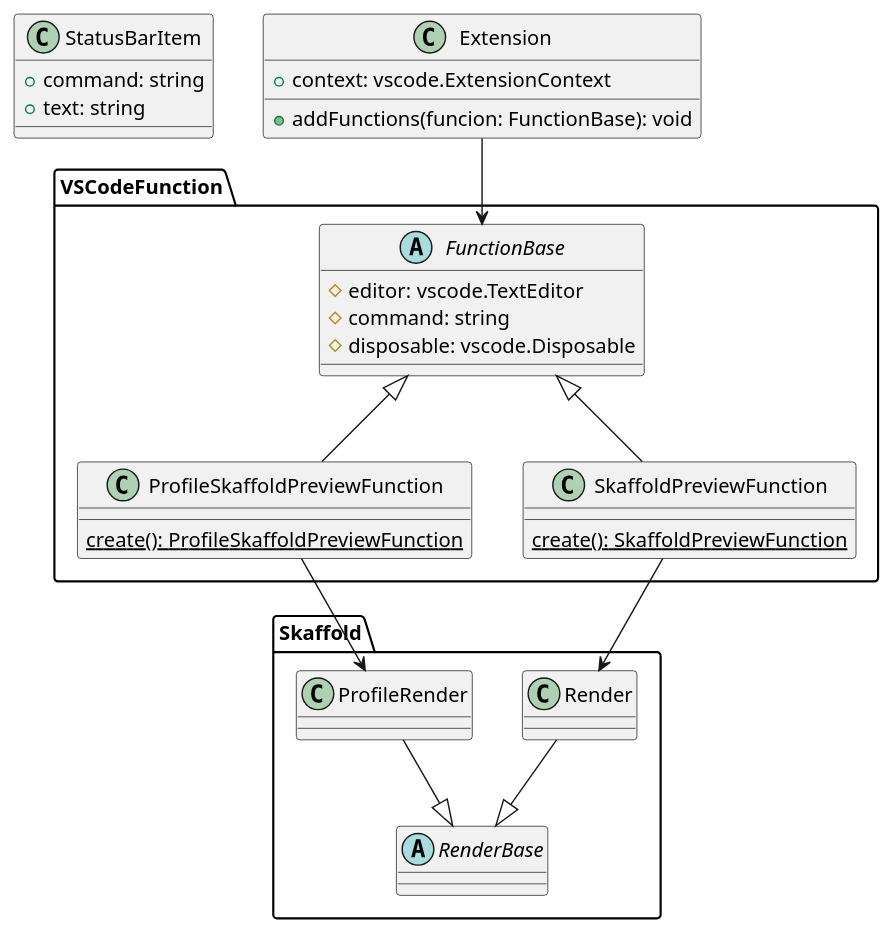
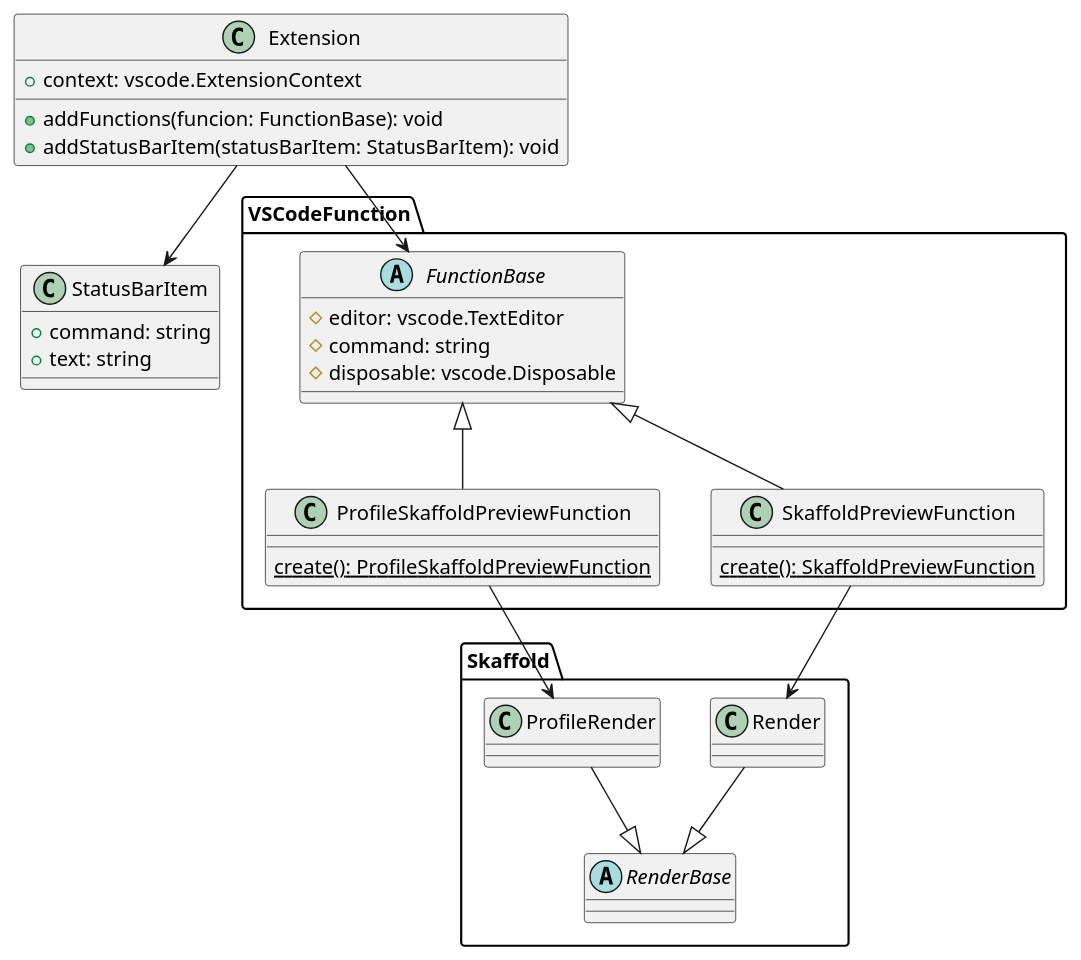
Before and after one commit to maaaashi/skaffold-preview: the diagram in docs/architechture.pu, drawn with PlantUML.

Commit message:
:octocat: class :octocat:

```diff
--- a/docs/architechture.pu
+++ b/docs/architechture.pu
@@ -1,54 +1,56 @@
 @startuml Architechture
 
 package VSCodeFunction {
   abstract class FunctionBase {
     # editor: vscode.TextEditor
     # command: string
     # disposable: vscode.Disposable
   }
 
   class SkaffoldPreviewFunction {
     {static} create(): SkaffoldPreviewFunction
   }
 
   class ProfileSkaffoldPreviewFunction {
     {static} create(): ProfileSkaffoldPreviewFunction
   }
 }
 
 FunctionBase <|-- SkaffoldPreviewFunction
 FunctionBase <|-- ProfileSkaffoldPreviewFunction
 
 package Skaffold {
   abstract class RenderBase {
 
   }
 
   class ProfileRender {
 
   }
 
   class Render {
 
   }
 
   RenderBase <|-up- Render
   RenderBase <|-up- ProfileRender
 }
 
 Render <-up- SkaffoldPreviewFunction
 ProfileRender <-up- ProfileSkaffoldPreviewFunction
 
 class StatusBarItem {
   + command: string
   + text: string
 }
 
 class Extension {
   + context: vscode.ExtensionContext
   + addFunctions(funcion: FunctionBase): void
+  + addStatusBarItem(statusBarItem: StatusBarItem): void
 }
 
 Extension -down-> FunctionBase
+Extension -down-> StatusBarItem
 
 @enduml
```
